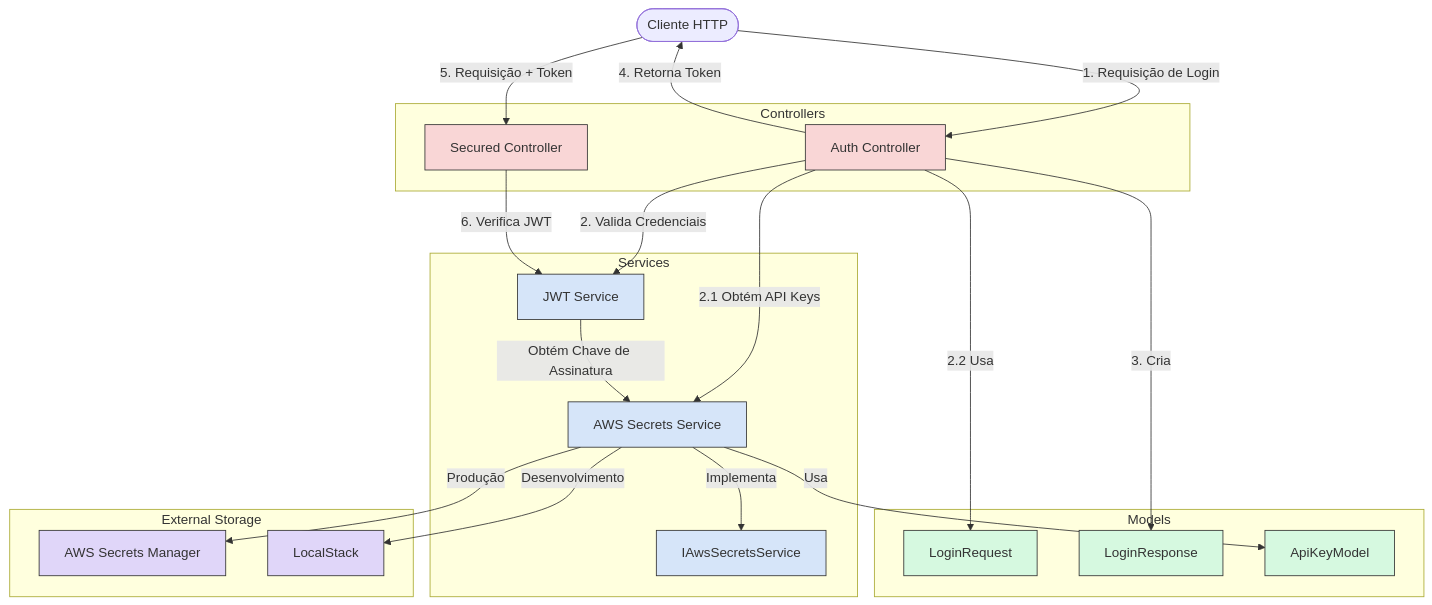
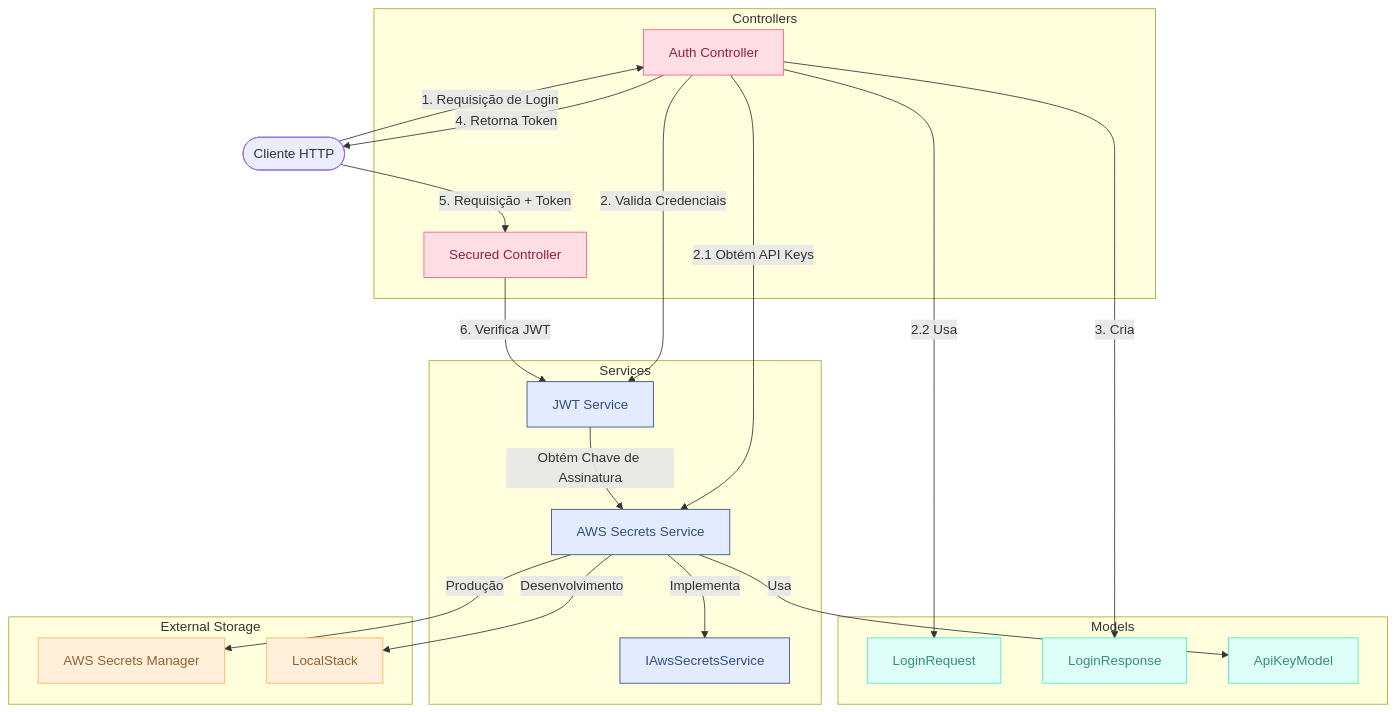
The diagram in README.md (osouzaelias/JwtAuthServiceDemo), drawn with Mermaid before and after one commit.

Commit message:
Update mermaid diagram in README for better clarity
Adjusted the mermaid diagram to include improved formatting, consistent naming conventions, and color-coded classifications. These changes enhance readability and make the architecture easier to understand.

````diff
--- a/README.md
+++ b/README.md
@@ -21,48 +21,49 @@
 ```mermaid
 flowchart TB
-  classDef controllers fill:#f9d6d6,stroke:#333,stroke-width:1px
-  classDef services fill:#d6e5f9,stroke:#333,stroke-width:1px
-  classDef models fill:#d6f9e0,stroke:#333,stroke-width:1px
-  classDef external fill:#e0d6f9,stroke:#333,stroke-width:1px
+  subgraph Controllers["Controllers"]
+    AuthController["Auth Controller"]
+    SecuredController["Secured Controller"]
+  end
+  subgraph Services["Services"]
+    JwtService["JWT Service"]
+    AwsSecrets["AWS Secrets Service"]
+    IAwsSecrets["IAwsSecretsService"]
+  end
+  subgraph Models["Models"]
+    LoginReq["LoginRequest"]
+    LoginResp["LoginResponse"]
+    ApiKey["ApiKeyModel"]
+  end
+  subgraph subGraph3["External Storage"]
+    AWS["AWS Secrets Manager"]
+    LocalStack["LocalStack"]
+  end
+  Client(["Cliente HTTP"]) -- "1. Requisição de Login" --> AuthController
+  Client -- "5. Requisição + Token" --> SecuredController
+  AuthController -- "2. Valida Credenciais" --> JwtService
+  AuthController -- "2.1 Obtém API Keys" --> AwsSecrets
+  AuthController -- "3. Cria" --> LoginResp
+  AuthController -- "2.2 Usa" --> LoginReq
+  AuthController -- "4. Retorna Token" --> Client
+  SecuredController -- "6. Verifica JWT" --> JwtService
+  JwtService -- Obtém Chave de Assinatura --> AwsSecrets
+  AwsSecrets -- Implementa --> IAwsSecrets
+  AwsSecrets -- Usa --> ApiKey
+  AwsSecrets -- Produção --> AWS
+  AwsSecrets -- Desenvolvimento --> LocalStack
 
-  Client([Cliente HTTP])
-  Client -->|1. Requisição de Login| AuthController
-  Client -->|5. Requisição + Token| SecuredController
-
-  subgraph Controllers
-    AuthController[Auth Controller]:::controllers
-    SecuredController[Secured Controller]:::controllers
-  end
-
-  subgraph Services
-    JwtService[JWT Service]:::services
-    AwsSecrets[AWS Secrets Service]:::services
-    IAwsSecrets[IAwsSecretsService]:::services
-  end
-
-  subgraph Models
-    LoginReq[LoginRequest]:::models
-    LoginResp[LoginResponse]:::models
-    ApiKey[ApiKeyModel]:::models
-  end
-
-  subgraph "External Storage"
-    AWS[AWS Secrets Manager]:::external
-    LocalStack[LocalStack]:::external
-  end
-
-  AuthController -->|2. Valida Credenciais| JwtService
-  AuthController -->|2.1 Obtém API Keys| AwsSecrets
-  AuthController -->|3. Cria| LoginResp
-  AuthController -->|2.2 Usa| LoginReq
-  AuthController -->|4. Retorna Token| Client
-
-  SecuredController -->|6. Verifica JWT| JwtService
-
-  JwtService -->|Obtém Chave de Assinatura| AwsSecrets
-  AwsSecrets -->|Implementa| IAwsSecrets
-  AwsSecrets -->|Usa| ApiKey
-
-  AwsSecrets -->|Produção| AWS
-  AwsSecrets -->|Desenvolvimento| LocalStack
+  AuthController:::Rose
+  SecuredController:::Rose
+  JwtService:::Sky
+  AwsSecrets:::Sky
+  IAwsSecrets:::Sky
+  LoginReq:::Aqua
+  LoginResp:::Aqua
+  ApiKey:::Aqua
+  AWS:::Peach
+  LocalStack:::Peach
+  classDef Peach stroke-width:1px, stroke-dasharray:none, stroke:#FBB35A, fill:#FFEFDB, color:#8F632D
+  classDef Sky stroke-width:1px, stroke-dasharray:none, stroke:#374D7C, fill:#E2EBFF, color:#374D7C
+  classDef Aqua stroke-width:1px, stroke-dasharray:none, stroke:#46EDC8, fill:#DEFFF8, color:#378E7A
+  classDef Rose stroke-width:1px, stroke-dasharray:none, stroke:#FF5978, fill:#FFDFE5, color:#8E2236
 ```
````
